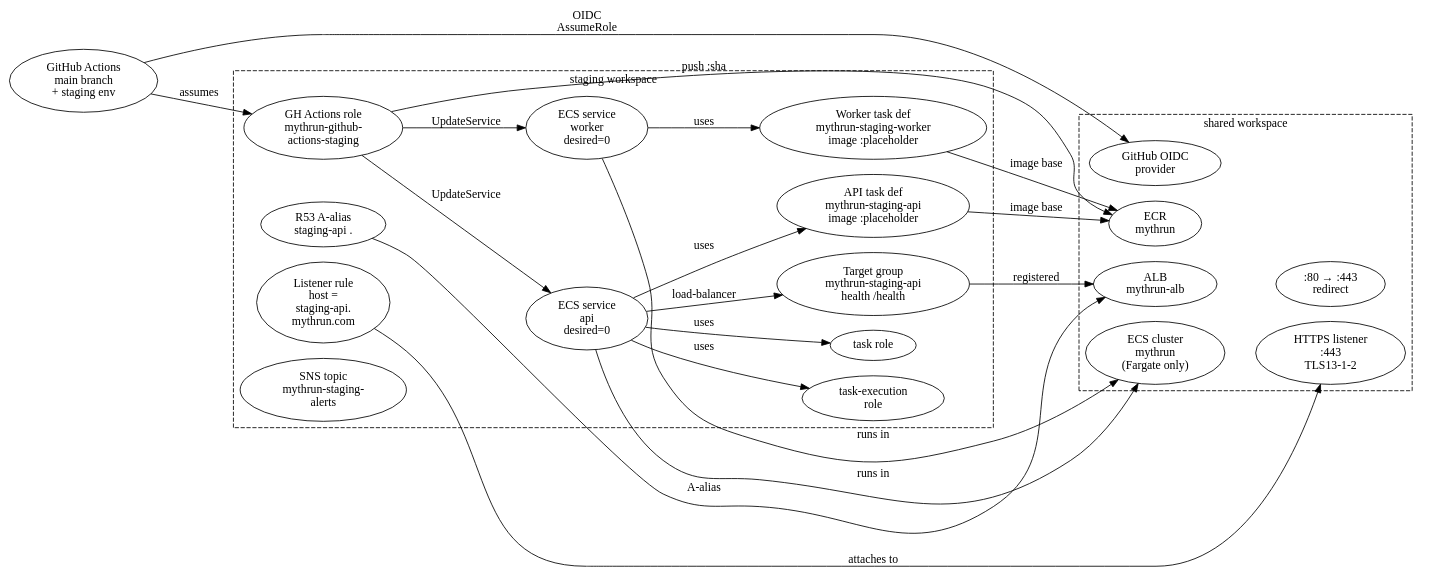
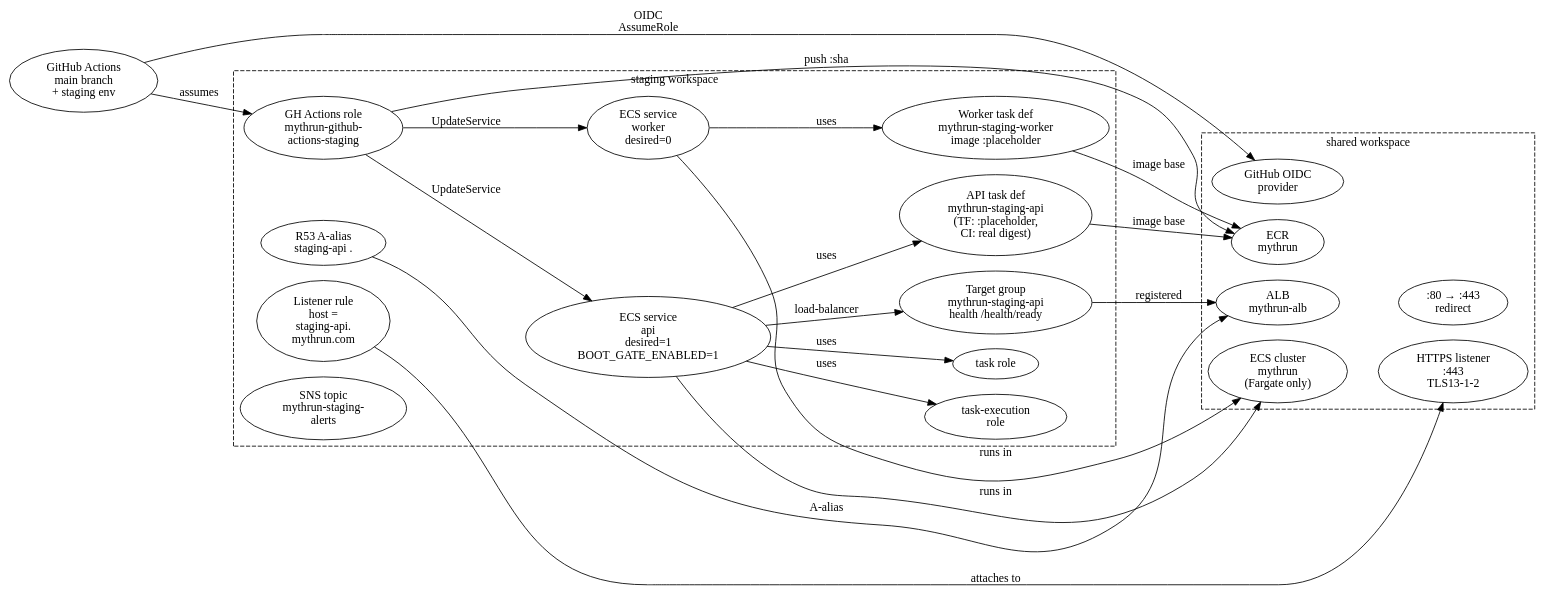
Before and after one commit to mythrun/mythrun: the diagram in docs/wiki/diagrams/infra/serving.dot, drawn with Graphviz. The commit also changed 8 other files, not shown here.

First line of the commit message:
docs(wiki): sync for MYT-35 — /health/ready, worker scaffold, TF/CI task-def split

```diff
--- a/docs/wiki/diagrams/infra/serving.dot
+++ b/docs/wiki/diagrams/infra/serving.dot
@@ -1,68 +1,68 @@
 digraph serving {
   // Compute platform: shared ECR + OIDC + ECS cluster + ALB + HTTPS listener
   // on one side, per-env task defs + services + target group + GH deploy role
   // on the other. Arrows show which shared resources each per-env piece reads.
   rankdir=LR;
   compound=true;
 
   subgraph cluster_shared {
     label="shared workspace";
     style="dashed";
     color="ember";
     fontcolor="ember";
 
     ecr      [label="ECR\nmythrun"];
     oidc     [label="GitHub OIDC\nprovider"];
     cluster  [label="ECS cluster\nmythrun\n(Fargate only)"];
     alb      [label="ALB\nmythrun-alb"];
     listener [label="HTTPS listener\n:443\nTLS13-1-2"];
     redirect [label=":80 → :443\nredirect"];
   }
 
   subgraph cluster_staging {
     label="staging workspace";
     style="dashed";
     color="ember";
     fontcolor="ember";
 
-    api_td     [label="API task def\nmythrun-staging-api\nimage :placeholder"];
+    api_td     [label="API task def\nmythrun-staging-api\n(TF: :placeholder,\nCI: real digest)"];
     worker_td  [label="Worker task def\nmythrun-staging-worker\nimage :placeholder"];
     exec_role  [label="task-execution\nrole"];
     task_role  [label="task role"];
-    api_svc    [label="ECS service\napi\ndesired=0"];
+    api_svc    [label="ECS service\napi\ndesired=1\nBOOT_GATE_ENABLED=1"];
     worker_svc [label="ECS service\nworker\ndesired=0"];
-    tg         [label="Target group\nmythrun-staging-api\nhealth /health"];
+    tg         [label="Target group\nmythrun-staging-api\nhealth /health/ready"];
     rule       [label="Listener rule\nhost =\nstaging-api.\nmythrun.com"];
     alias      [label="R53 A-alias\nstaging-api ."];
     gh_role    [label="GH Actions role\nmythrun-github-\nactions-staging"];
     sns        [label="SNS topic\nmythrun-staging-\nalerts"];
   }
 
   github [label="GitHub Actions\nmain branch\n+ staging env", color="ember", fontcolor="ember"];
 
   // shared internals
   alb      -> listener [style=invis];
   alb      -> redirect [style=invis];
 
   // staging wires into shared
   api_td    -> ecr      [label="image base"];
   worker_td -> ecr      [label="image base"];
   api_svc   -> cluster  [label="runs in"];
   worker_svc -> cluster [label="runs in"];
   rule      -> listener [label="attaches to"];
   tg        -> alb      [label="registered"];
   api_svc   -> tg       [label="load-balancer"];
   alias     -> alb      [label="A-alias"];
 
   api_svc   -> api_td     [label="uses"];
   api_svc   -> exec_role  [label="uses"];
   api_svc   -> task_role  [label="uses"];
   worker_svc -> worker_td [label="uses"];
 
   // CI path
   github  -> oidc    [label="OIDC\nAssumeRole"];
   github  -> gh_role [label="assumes"];
   gh_role -> ecr     [label="push :sha"];
   gh_role -> api_svc [label="UpdateService"];
   gh_role -> worker_svc [label="UpdateService"];
 }
```
